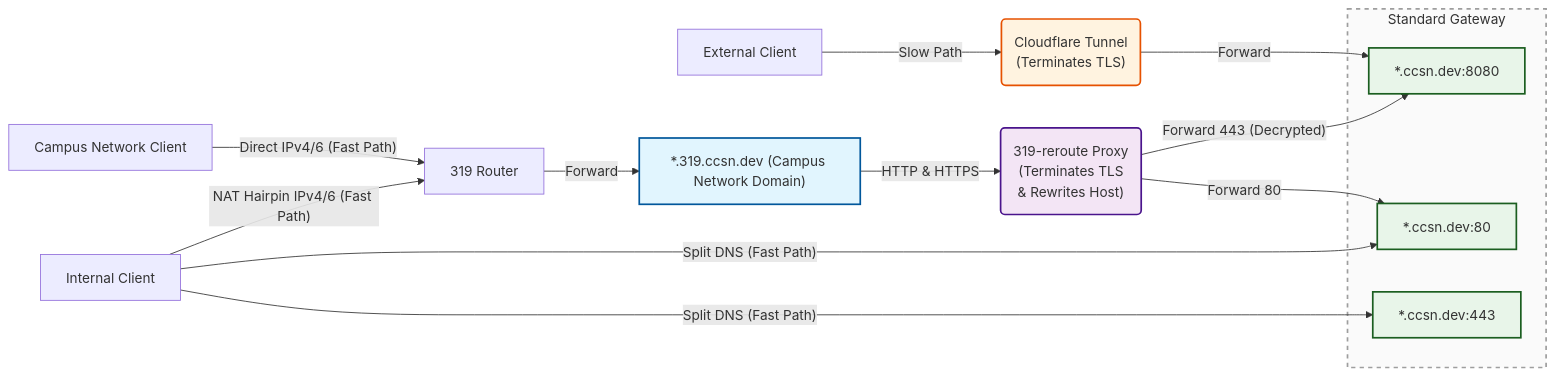
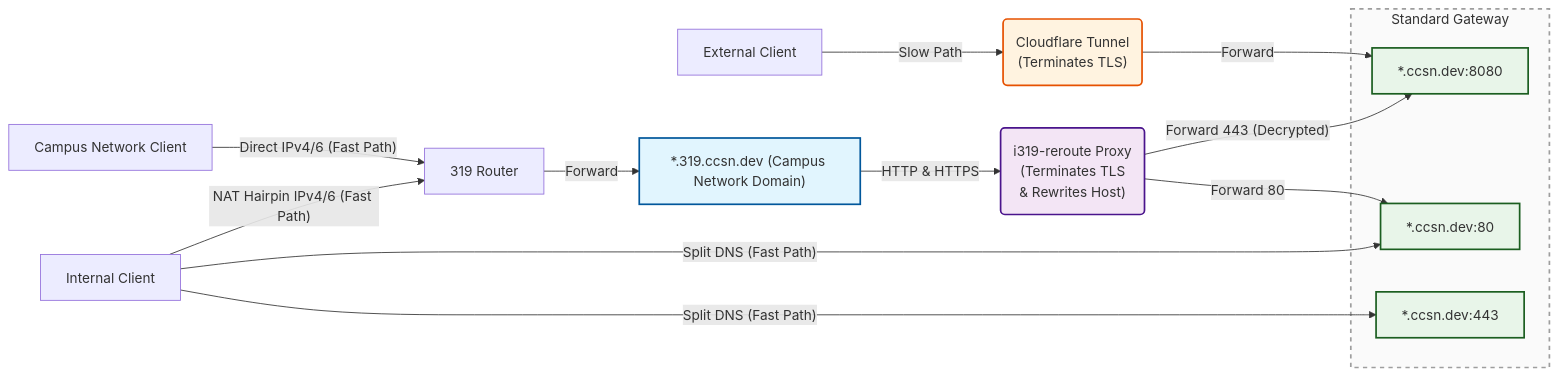
Before and after one commit to the-ccsn/k8s-gitops: the diagram in README.gateway.md, drawn with Mermaid. The commit also changed other lines of this file and 13 other files, not shown here.

````diff
--- a/README.gateway.md
+++ b/README.gateway.md
@@ -10,50 +10,50 @@
 ```mermaid
 graph LR
     %% Clients
     Ext[External Client]
     Cam[Campus Network Client]
     Int[Internal Client]
 
     %% Middle Tier & Ingress
     CF_Tunnel("Cloudflare Tunnel<br/>(Terminates TLS)")
     319_router[319 Router]
     Domain_319["*.319.ccsn.dev (Campus Network Domain)"]
-    319_reroute("319-reroute Proxy<br/>(Terminates TLS<br/>& Rewrites Host)")
+    319_reroute("i319-reroute Proxy<br/>(Terminates TLS<br/>& Rewrites Host)")
 
     %% Gateway (Rearranged node order to perfectly avoid line crossings)
     subgraph Gateway [Standard Gateway]
         GW_8080["*.ccsn.dev:8080"]
         GW_80["*.ccsn.dev:80"]
         GW_443["*.ccsn.dev:443"]
     end
 
     %% --- 1. Top Path ---
     Ext -->|"Slow Path"| CF_Tunnel
     CF_Tunnel -->|"Forward"| GW_8080
 
-    %% --- 2. Middle Path (Includes 319-reroute routing) ---
+    %% --- 2. Middle Path (Includes i319-reroute routing) ---
     Cam -->|"Direct IPv4/6 (Fast Path)"| 319_router
     Int -->|"NAT Hairpin IPv4/6 (Fast Path)"| 319_router
     319_router -->|"Forward"| Domain_319
     
     %% Domain receives 80 & 443 traffic and passes it to the proxy
     Domain_319 -->|"HTTP & HTTPS"| 319_reroute
     
-    %% 319-reroute routing logic
+    %% i319-reroute routing logic
     319_reroute -->|"Forward 443 (Decrypted)"| GW_8080
     319_reroute -->|"Forward 80"| GW_80
 
     %% --- 3. Bottom Path (Internal Direct) ---
     Int -->|"Split DNS (Fast Path)"| GW_80
     Int -->|"Split DNS (Fast Path)"| GW_443
 
     %% Style Definitions
     style Domain_319 fill:#e1f5fe,stroke:#01579b,stroke-width:2px
     style CF_Tunnel fill:#fff3e0,stroke:#e65100,stroke-width:2px
     style 319_reroute fill:#f3e5f5,stroke:#4a148c,stroke-width:2px
     style GW_80 fill:#e8f5e9,stroke:#1b5e20,stroke-width:2px
     style GW_443 fill:#e8f5e9,stroke:#1b5e20,stroke-width:2px
     style GW_8080 fill:#e8f5e9,stroke:#1b5e20,stroke-width:2px
     style Gateway fill:#fafafa,stroke:#9e9e9e,stroke-width:2px,stroke-dasharray: 5 5
 
 ```
````
